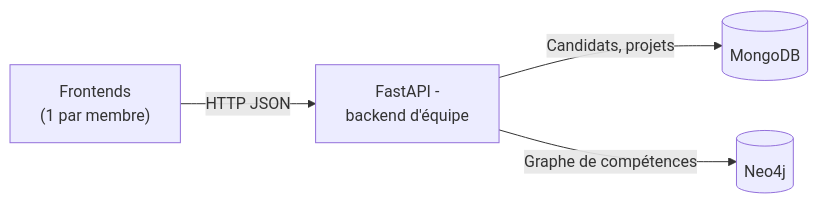
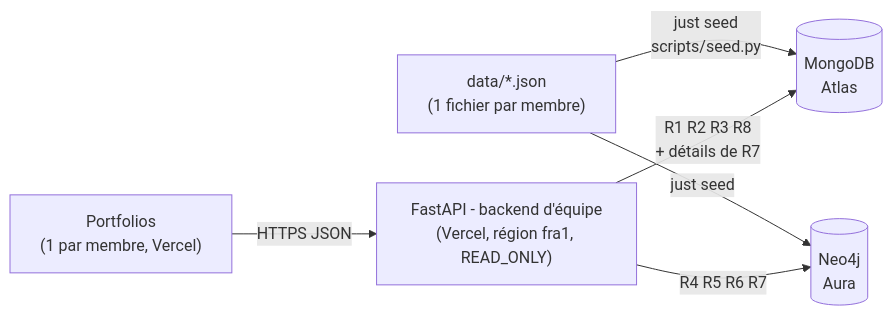
Before and after one commit to Angy-JORDs/2026-2027-rouen-portfolio-les-apprentis: the first of 2 diagrams in ARCHITECTURE.md, drawn with Mermaid. The commit also changed other lines of this file and 3 other files, not shown here.

First line of the commit message:
docs: ARCHITECTURE.md et API_ROUTES.md à jour (modèle réel, requêtes exactes, déploiement, liens)

````diff
--- a/ARCHITECTURE.md
+++ b/ARCHITECTURE.md
@@ -18,13 +19,8 @@
 ```mermaid
 flowchart LR
-    F["Frontends<br/>(1 par membre)"]
-
-    API["FastAPI -<br/>backend d'équipe"]
-
-    M[("MongoDB")]
-    N[("Neo4j")]
-
-    F -->|"HTTP JSON"| API
-    API -->|"Candidats, projets"| M
-    API -->|"Graphe de compétences"| N
+    D["data/*.json<br/>(1 fichier par membre)"] -->|"just seed<br/>scripts/seed.py"| M
+    D -->|"just seed"| N
+    P["Portfolios<br/>(1 par membre, Vercel)"] -->|"HTTPS JSON"| API["FastAPI - backend d'équipe<br/>(Vercel, région fra1, READ_ONLY)"]
+    API -->|"R1 R2 R3 R8<br/>+ détails de R7"| M[("MongoDB<br/>Atlas")]
+    API -->|"R4 R5 R6 R7"| N[("Neo4j<br/>Aura")]
 ```
````
